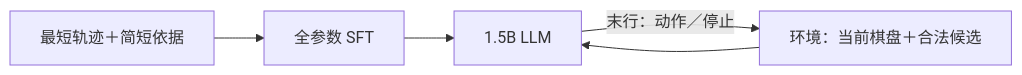
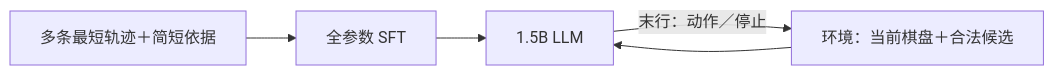
One commit to Harryking1999/grounded-llm changed the diagram in docs/LLM_SFT_PLAN.md. Above: the diagram before and after it, drawn with Mermaid. The commit also changed other lines of this file, not shown here.

Commit message:
Use sampled shortest trajectories for 50k-sample SFT epochs

````diff
--- a/docs/LLM_SFT_PLAN.md
+++ b/docs/LLM_SFT_PLAN.md
@@ -11,6 +12,6 @@
 ```mermaid
 flowchart LR
-    O["最短轨迹＋简短依据"] --> S["全参数 SFT"] --> L["1.5B LLM"]
+    O["多条最短轨迹＋简短依据"] --> S["全参数 SFT"] --> L["1.5B LLM"]
     E["环境：当前棋盘＋合法候选"] --> L
     L -->|"末行：动作／停止"| E
 ```
````
